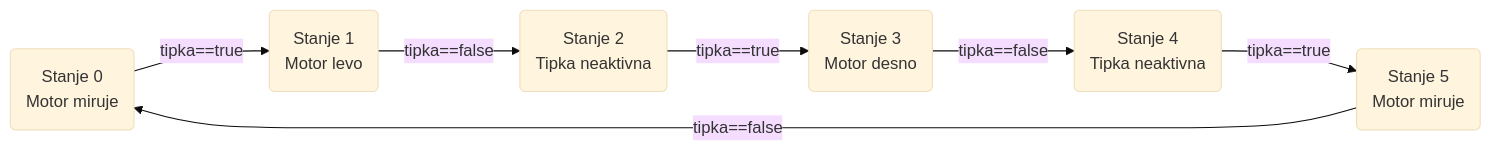
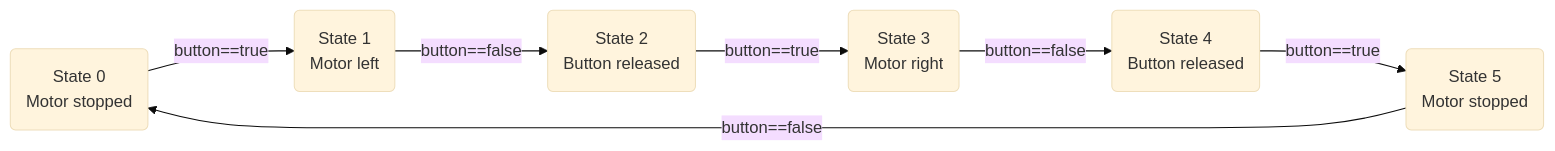
One commit to fsprojekti/wiki changed the third of 3 diagrams in en/programiranje/implementacija-moorovega-avtomata.md. Above: the diagram before and after it, drawn with Mermaid (base theme). The commit also changed other lines of this file and 24 other files, not shown here.

````diff
--- a/en/programiranje/implementacija-moorovega-avtomata.md
+++ b/en/programiranje/implementacija-moorovega-avtomata.md
@@ -59,9 +59,9 @@
 ```mermaid
 graph LR
-A(Stanje 0<br> Motor miruje)-->|tipka==true|B(Stanje 1<br> Motor levo)
-B-->|tipka==false|B1(Stanje 2<br>Tipka neaktivna)
-B1-->|tipka==true|C(Stanje 3<br> Motor desno)
-C-->|tipka==false|C1(Stanje 4<br>Tipka neaktivna)
-C1-->|tipka==true|D(Stanje 5<br> Motor miruje)
-D-->|tipka==false|A
+A(State 0<br> Motor stopped)-->|button==true|B(State 1<br> Motor left)
+B-->|button==false|B1(State 2<br>Button released)
+B1-->|button==true|C(State 3<br> Motor right)
+C-->|button==false|C1(State 4<br>Button released)
+C1-->|button==true|D(State 5<br> Motor stopped)
+D-->|button==false|A
 ```
````
